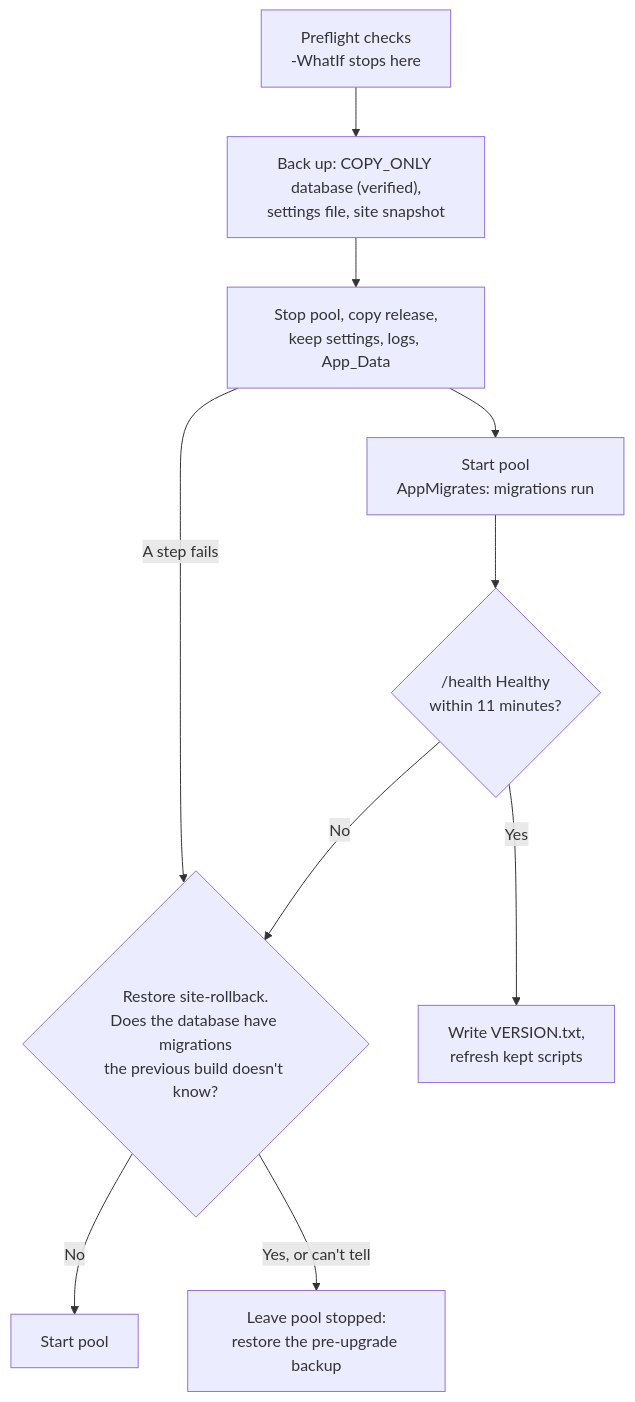
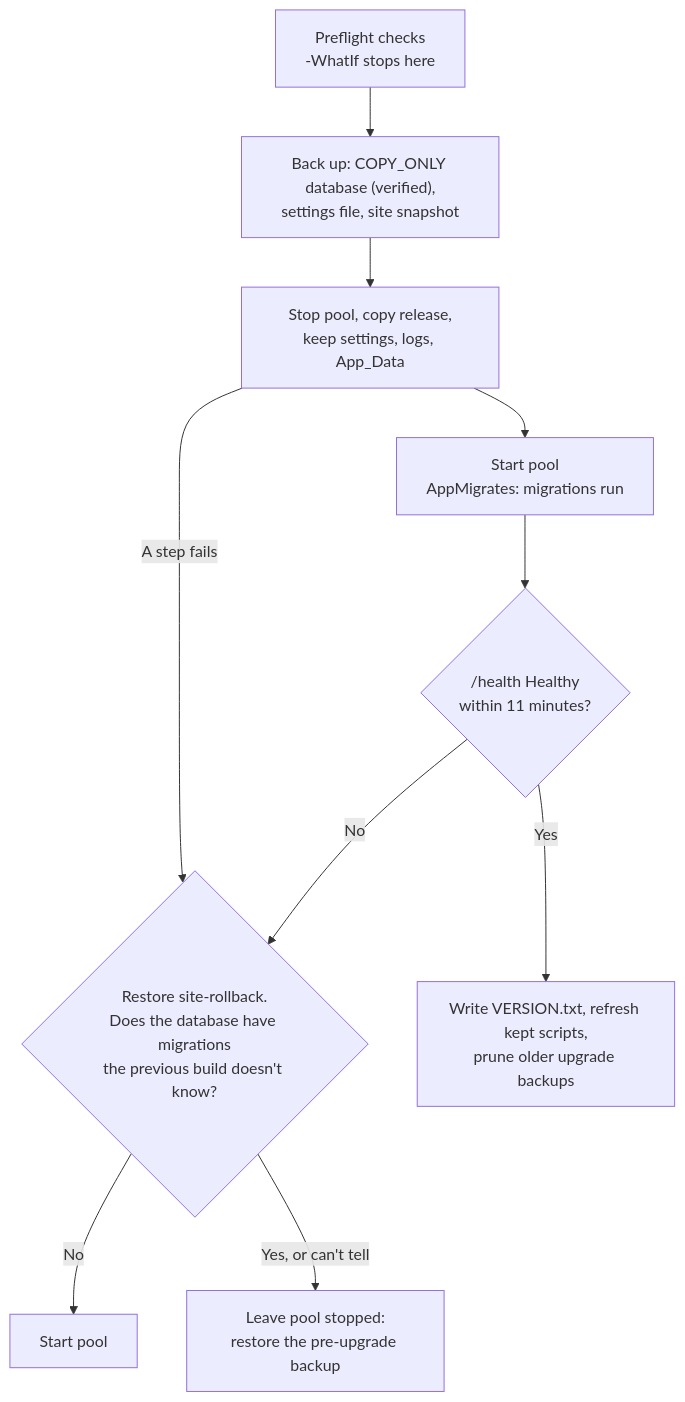
The diagram in docs/operations/backup-and-recovery.md (jashley92/Tide), drawn with Mermaid before and after one commit. The commit also changed other lines of this file and 4 other files, not shown here.

First line of the commit message:
A successful upgrade keeps only the newest three upgrades' backups

````diff
--- a/docs/operations/backup-and-recovery.md
+++ b/docs/operations/backup-and-recovery.md
@@ -108,12 +113,12 @@
 ```mermaid
 flowchart TD
     A["Preflight checks<br/>-WhatIf stops here"] --> B["Back up: COPY_ONLY database (verified),<br/>settings file, site snapshot"]
     B --> C["Stop pool, copy release,<br/>keep settings, logs, App_Data"]
     C --> D["Start pool<br/>AppMigrates: migrations run"]
     C -->|A step fails| G
     D --> E{"/health Healthy<br/>within 11 minutes?"}
-    E -->|Yes| F["Write VERSION.txt,<br/>refresh kept scripts"]
+    E -->|Yes| F["Write VERSION.txt, refresh kept scripts,<br/>prune older upgrade backups"]
     E -->|No| G{"Restore site-rollback.<br/>Does the database have migrations<br/>the previous build doesn't know?"}
     G -->|No| H["Start pool"]
     G -->|"Yes, or can't tell"| I["Leave pool stopped:<br/>restore the pre-upgrade backup"]
 ```
````
